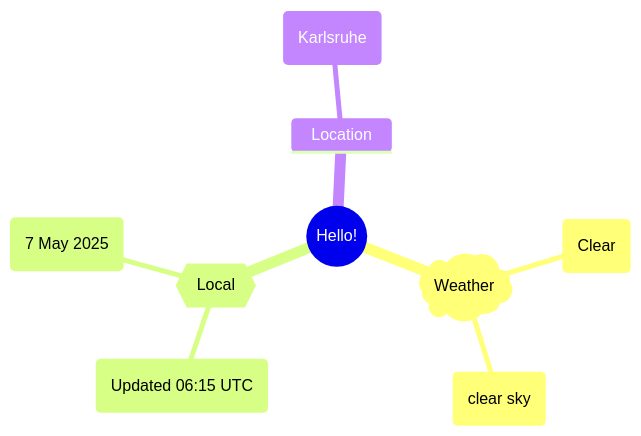
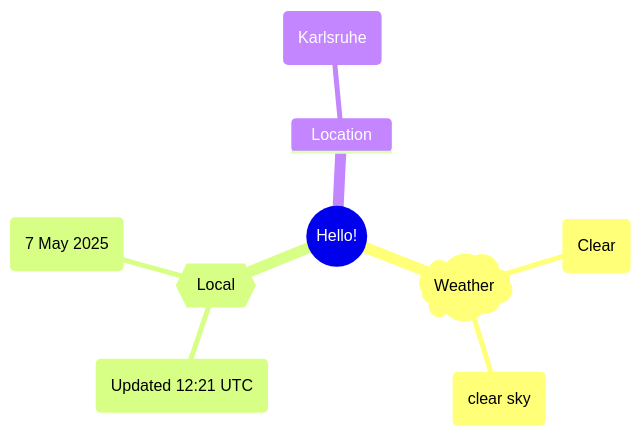
The first of 2 diagrams in README.md (Xosrov/Xosrov), drawn with Mermaid before and after one commit.

Commit message:
[bot] updated images

````diff
--- a/README.md
+++ b/README.md
@@ -3,12 +3,12 @@
 ```mermaid
 mindmap
   root((Hello!))
     )Weather(
         (Clear)
         (clear sky)
     {{Local}}
-        (Updated 06:15 UTC)
+        (Updated 12:21 UTC)
         (7 May 2025)
     Location
         (Karlsruhe)
 ```
````
